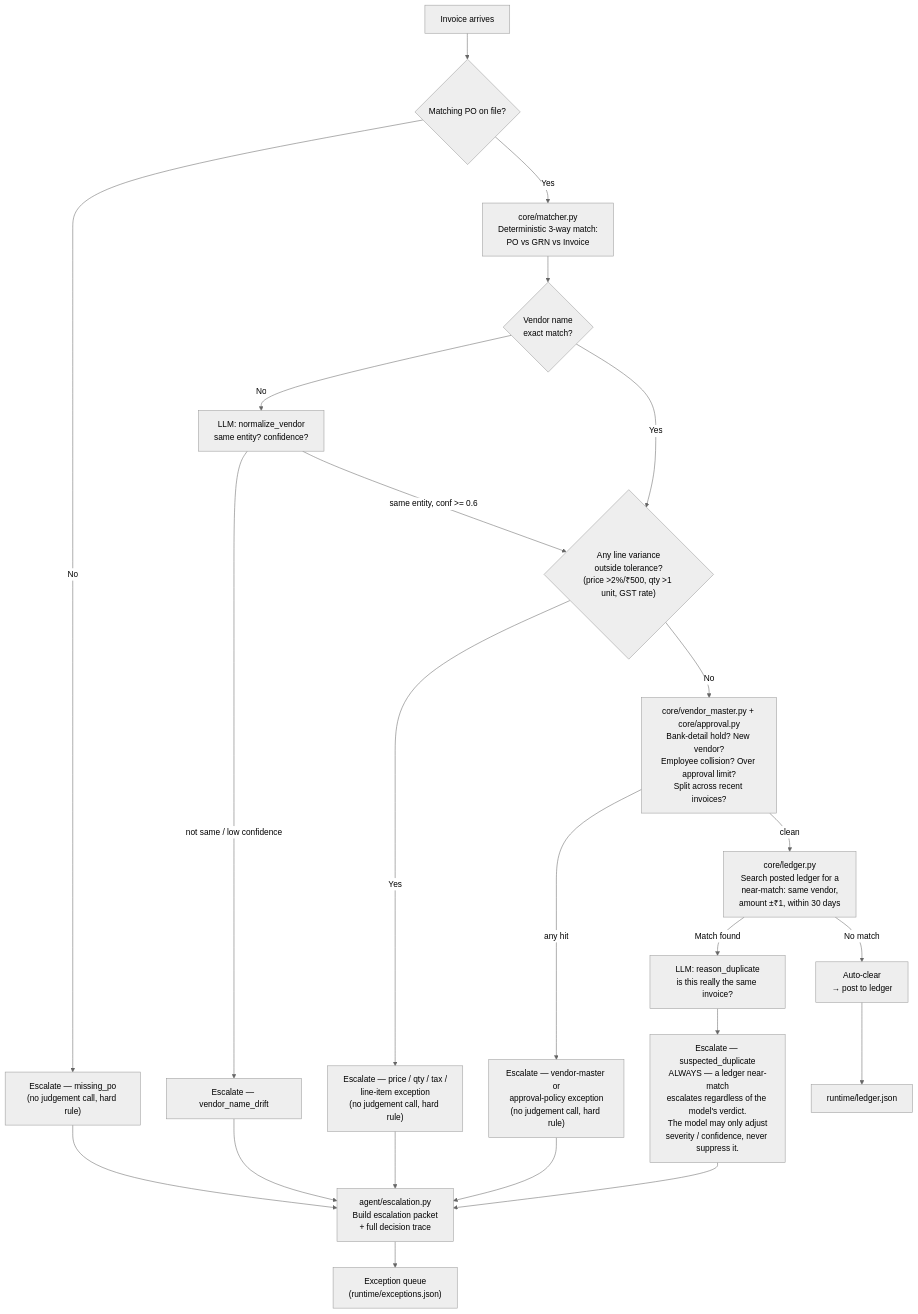
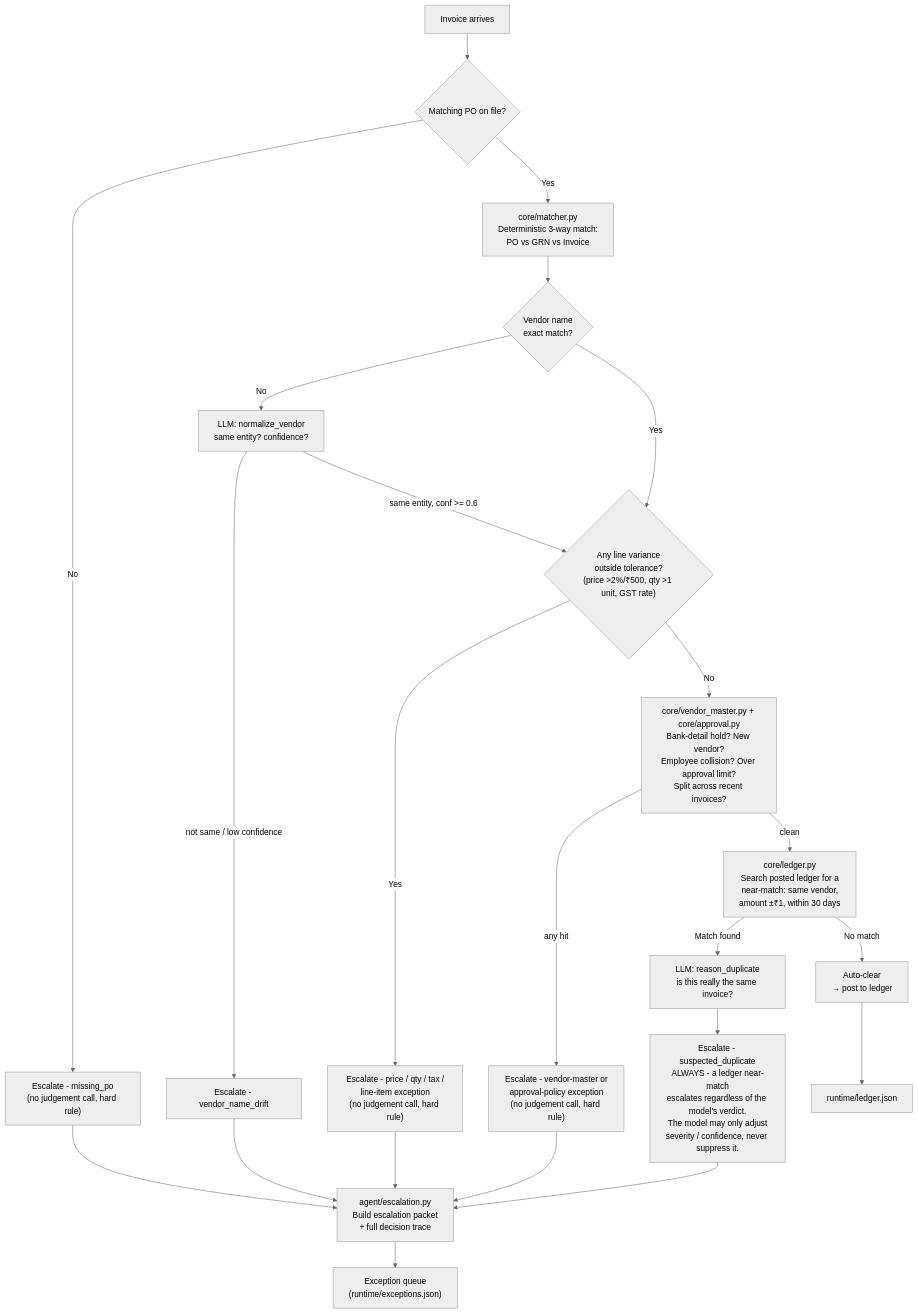
One commit to hasil7677/Ledger-Sentinel changed the first of 2 diagrams in README.md. Above: the diagram before and after it, drawn with Mermaid (neutral theme). The commit also changed other lines of this file and 1 other file, not shown here.

````diff
--- a/README.md
+++ b/README.md
@@ -68,32 +68,32 @@
 ```mermaid
 flowchart TD
     A["Invoice arrives"] --> B{"Matching PO on file?"}
-    B -- "No" --> ESC_PO["Escalate — missing_po\n(no judgement call, hard rule)"]
+    B -- "No" --> ESC_PO["Escalate - missing_po\n(no judgement call, hard rule)"]
 
     B -- "Yes" --> C["core/matcher.py\nDeterministic 3-way match:\nPO vs GRN vs Invoice"]
 
     C --> D{"Vendor name\nexact match?"}
     D -- "No" --> VN["LLM: normalize_vendor\nsame entity? confidence?"]
     VN -- "same entity, conf >= 0.6" --> F
-    VN -- "not same / low confidence" --> ESC_V["Escalate — vendor_name_drift"]
+    VN -- "not same / low confidence" --> ESC_V["Escalate - vendor_name_drift"]
 
     D -- "Yes" --> F{"Any line variance\noutside tolerance?\n(price >2%/₹500, qty >1 unit, GST rate)"}
-    F -- "Yes" --> ESC_R["Escalate — price / qty / tax /\nline-item exception\n(no judgement call, hard rule)"]
+    F -- "Yes" --> ESC_R["Escalate - price / qty / tax /\nline-item exception\n(no judgement call, hard rule)"]
 
     F -- "No" --> VM["core/vendor_master.py + core/approval.py\nBank-detail hold? New vendor?\nEmployee collision? Over approval limit?\nSplit across recent invoices?"]
-    VM -- "any hit" --> ESC_VM["Escalate — vendor-master or\napproval-policy exception\n(no judgement call, hard rule)"]
+    VM -- "any hit" --> ESC_VM["Escalate - vendor-master or\napproval-policy exception\n(no judgement call, hard rule)"]
 
     VM -- "clean" --> G["core/ledger.py\nSearch posted ledger for a\nnear-match: same vendor,\namount ±₹1, within 30 days"]
 
     G -- "No match" --> CLEAR["Auto-clear\n→ post to ledger"]
     G -- "Match found" --> DUP["LLM: reason_duplicate\nis this really the same invoice?"]
-    DUP --> ESC_D["Escalate — suspected_duplicate\nALWAYS — a ledger near-match\nescalates regardless of the model's verdict.\nThe model may only adjust\nseverity / confidence, never suppress it."]
+    DUP --> ESC_D["Escalate - suspected_duplicate\nALWAYS - a ledger near-match\nescalates regardless of the model's verdict.\nThe model may only adjust\nseverity / confidence, never suppress it."]
 
     ESC_PO --> PACKET["agent/escalation.py\nBuild escalation packet\n+ full decision trace"]
     ESC_V --> PACKET
     ESC_R --> PACKET
     ESC_VM --> PACKET
     ESC_D --> PACKET
     PACKET --> QUEUE["Exception queue\n(runtime/exceptions.json)"]
     CLEAR --> LEDGERFILE["runtime/ledger.json"]
 ```
````
